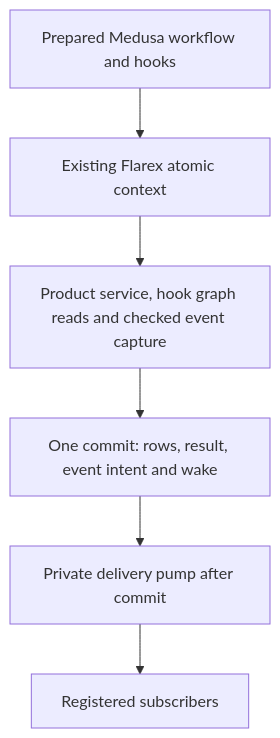
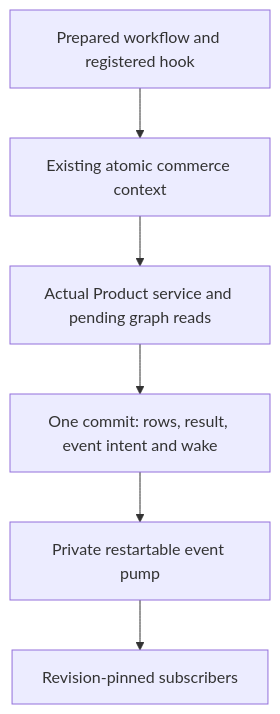
One commit to agmmdotdev/flarex changed the diagram in roadmaps/workflow-foundations/10-medusa-workflow-integration.md. Above: the diagram before and after it, drawn with Mermaid. The commit also changed other lines of this file and 61 other files, not shown here.

Commit message:
feat(commerce): integrate native Product-tag workflow and durable events

````diff
--- a/roadmaps/workflow-foundations/10-medusa-workflow-integration.md
+++ b/roadmaps/workflow-foundations/10-medusa-workflow-integration.md
@@ -32,8 +23,8 @@
 ```mermaid
 flowchart TD
-  A[Prepared Medusa workflow and hooks] --> B[Existing Flarex atomic context]
-  B --> C[Product service, hook graph reads and checked event capture]
+  A[Prepared workflow and registered hook] --> B[Existing atomic commerce context]
+  B --> C[Actual Product service and pending graph reads]
   C --> D[One commit: rows, result, event intent and wake]
-  D --> E[Private delivery pump after commit]
-  E --> F[Registered subscribers]
+  D --> E[Private restartable event pump]
+  E --> F[Revision-pinned subscribers]
 ```
````
